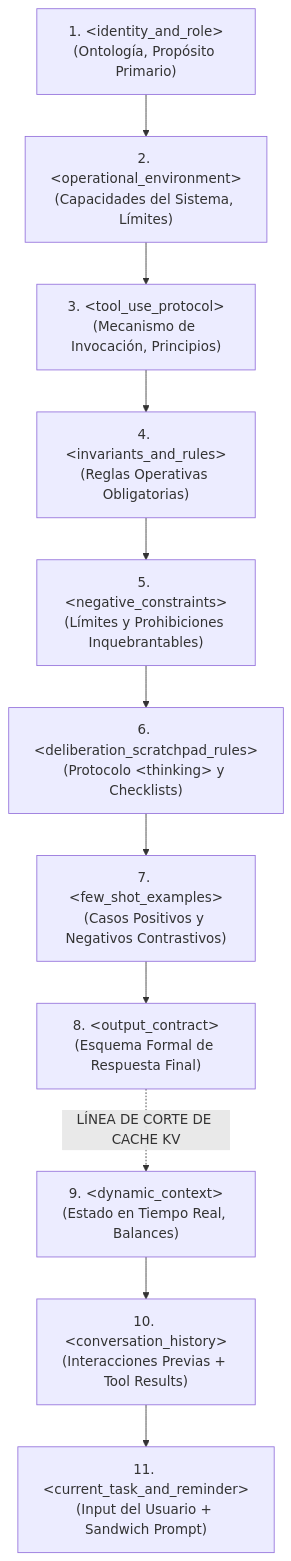
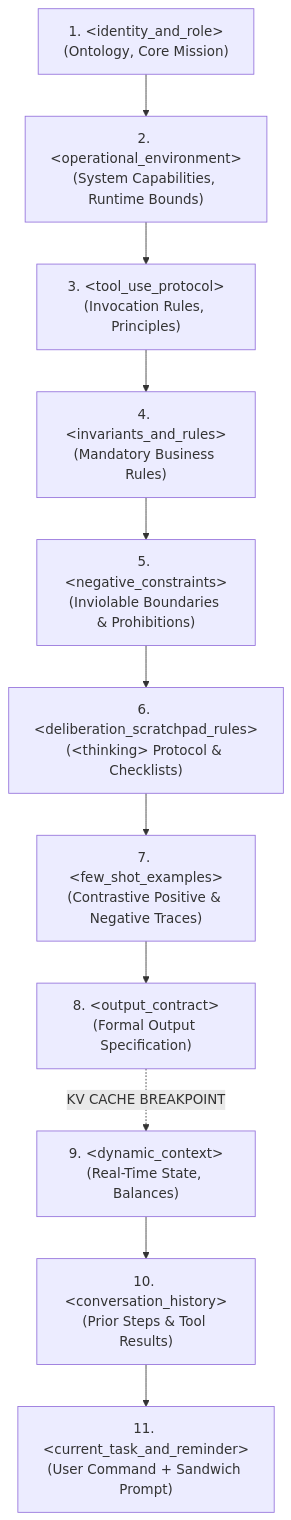
The first of 3 diagrams in docs/agent_prompt_engineering_guide.md (IgnacioN99/autonomous-trading-desk), drawn with Mermaid before and after one commit. The commit also changed other lines of this file and 35 other files, not shown here.

````diff
--- a/docs/agent_prompt_engineering_guide.md
+++ b/docs/agent_prompt_engineering_guide.md
@@ -208,13 +208,13 @@
 ```mermaid
 graph TD
-    A["1. &lt;identity_and_role&gt;<br/>(Ontología, Propósito Primario)"] --> B["2. &lt;operational_environment&gt;<br/>(Capacidades del Sistema, Límites)"]
-    B --> C["3. &lt;tool_use_protocol&gt;<br/>(Mecanismo de Invocación, Principios)"]
-    C --> D["4. &lt;invariants_and_rules&gt;<br/>(Reglas Operativas Obligatorias)"]
-    D --> E["5. &lt;negative_constraints&gt;<br/>(Límites y Prohibiciones Inquebrantables)"]
-    E --> F["6. &lt;deliberation_scratchpad_rules&gt;<br/>(Protocolo &lt;thinking&gt; y Checklists)"]
-    F --> G["7. &lt;few_shot_examples&gt;<br/>(Casos Positivos y Negativos Contrastivos)"]
-    G --> H["8. &lt;output_contract&gt;<br/>(Esquema Formal de Respuesta Final)"]
-    H -.->|LÍNEA DE CORTE DE CACHE KV| I["9. &lt;dynamic_context&gt;<br/>(Estado en Tiempo Real, Balances)"]
-    I --> J["10. &lt;conversation_history&gt;<br/>(Interacciones Previas + Tool Results)"]
-    J --> K["11. &lt;current_task_and_reminder&gt;<br/>(Input del Usuario + Sandwich Prompt)"]
+    A["1. &lt;identity_and_role&gt;<br/>(Ontology, Core Mission)"] --> B["2. &lt;operational_environment&gt;<br/>(System Capabilities, Runtime Bounds)"]
+    B --> C["3. &lt;tool_use_protocol&gt;<br/>(Invocation Rules, Principles)"]
+    C --> D["4. &lt;invariants_and_rules&gt;<br/>(Mandatory Business Rules)"]
+    D --> E["5. &lt;negative_constraints&gt;<br/>(Inviolable Boundaries & Prohibitions)"]
+    E --> F["6. &lt;deliberation_scratchpad_rules&gt;<br/>(&lt;thinking&gt; Protocol & Checklists)"]
+    F --> G["7. &lt;few_shot_examples&gt;<br/>(Contrastive Positive & Negative Traces)"]
+    G --> H["8. &lt;output_contract&gt;<br/>(Formal Output Specification)"]
+    H -.->|KV CACHE BREAKPOINT| I["9. &lt;dynamic_context&gt;<br/>(Real-Time State, Balances)"]
+    I --> J["10. &lt;conversation_history&gt;<br/>(Prior Steps & Tool Results)"]
+    J --> K["11. &lt;current_task_and_reminder&gt;<br/>(User Command + Sandwich Prompt)"]
 ```
````
